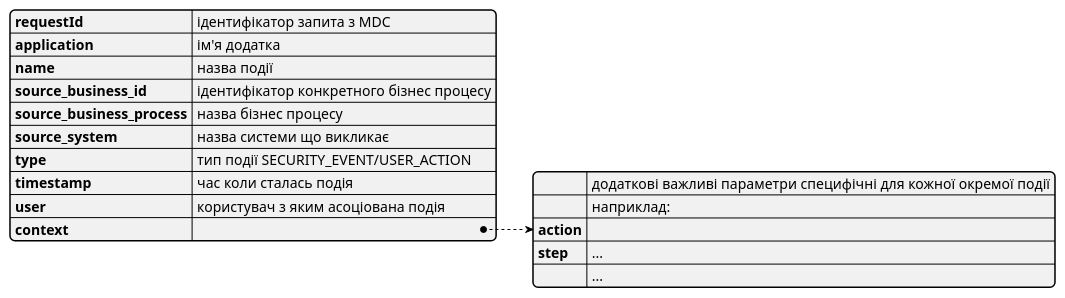
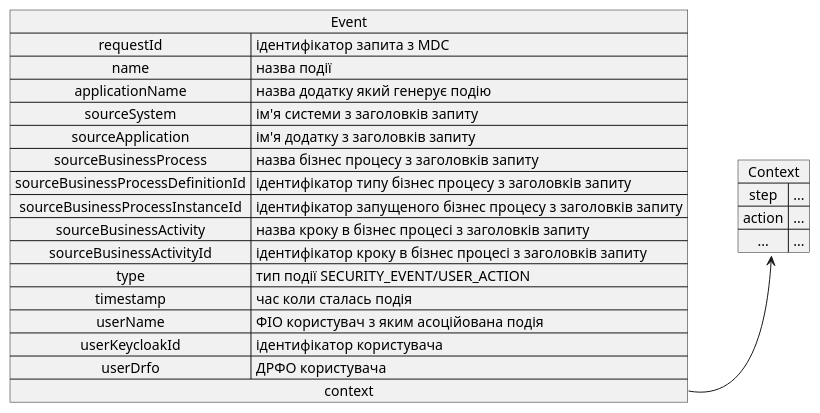
The first of 5 diagrams in modules/ROOT/pages/datafactory/audit.adoc (epam/edp-ddm-architecture), drawn with PlantUML before and after one commit. The commit also changed other lines of this file, not shown here.

Commit message:
[MDTUDDM-0000] Audit structure changed

```diff
--- a/modules/ROOT/pages/datafactory/audit.adoc
+++ b/modules/ROOT/pages/datafactory/audit.adoc
@@ -23,23 +23,30 @@
 [plantuml, event, svg]
 ----
-@startjson
-{
-    "requestId": "ідентифікатор запита з MDC",
-    "application": "ім'я додатка",
-    "name": "назва події",
-    "source_business_id": "ідентифікатор конкретного бізнес процесу",
-    "source_business_process": "назва бізнес процесу",
-    "source_system": "назва системи що викликає",
-    "type": "тип події SECURITY_EVENT/USER_ACTION",
-    "timestamp": "час коли сталась подія",
-    "user": "користувач з яким асоціована подія",
-    "context": {
-        "": "додаткові важливі параметри специфічні для кожної окремої події",
-        "": "наприклад:",
-        "action": "",
-        "step": "...",
-        "": "..."
-    }
+@startuml
+skinparam monochrome true
+
+map Context {
+  step => ...
+  action => ...
+  ... => ...
 }
-@endjson
+map Event {
+  requestId => ідентифікатор запита з MDC
+  name => назва події
+  applicationName => назва додатку який генерує подію
+  sourceSystem => ім'я системи з заголовків запиту
+  sourceApplication => ім'я додатку з заголовків запиту
+  sourceBusinessProcess => назва бізнес процесу з заголовків запиту
+  sourceBusinessProcessDefinitionId => ідентифікатор типу бізнес процесу з заголовків запиту
+  sourceBusinessProcessInstanceId => ідентифікатор запущеного бізнес процесу з заголовків запиту
+  sourceBusinessActivity => назва кроку в бізнес процесі з заголовків запиту
+  sourceBusinessActivityId => ідентифікатор кроку в бізнес процесі з заголовків запиту
+  type => тип події SECURITY_EVENT/USER_ACTION
+  timestamp => час коли сталась подія
+  userName => ФІО користувач з яким асоційована подія
+  userKeycloakId => ідентифікатор користувача
+  userDrfo => ДРФО користувача
+  context *-> Context
+}
+@enduml
 ----
```
